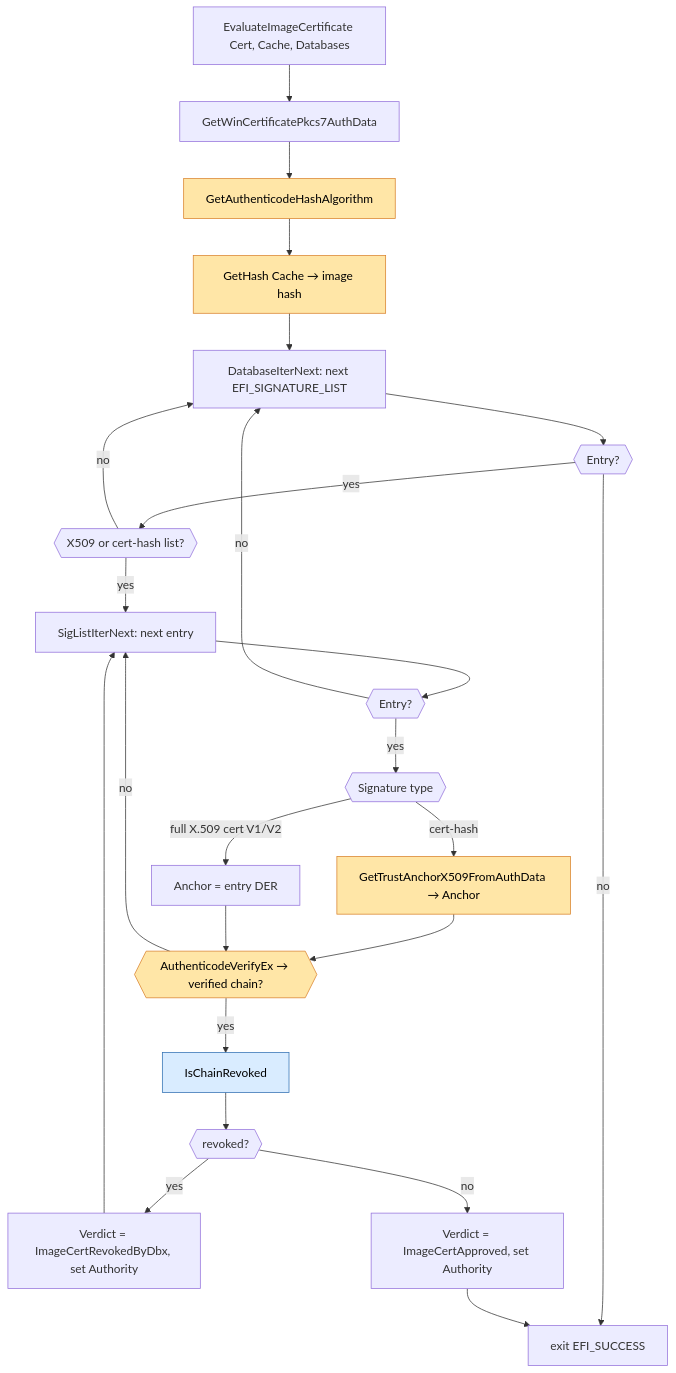
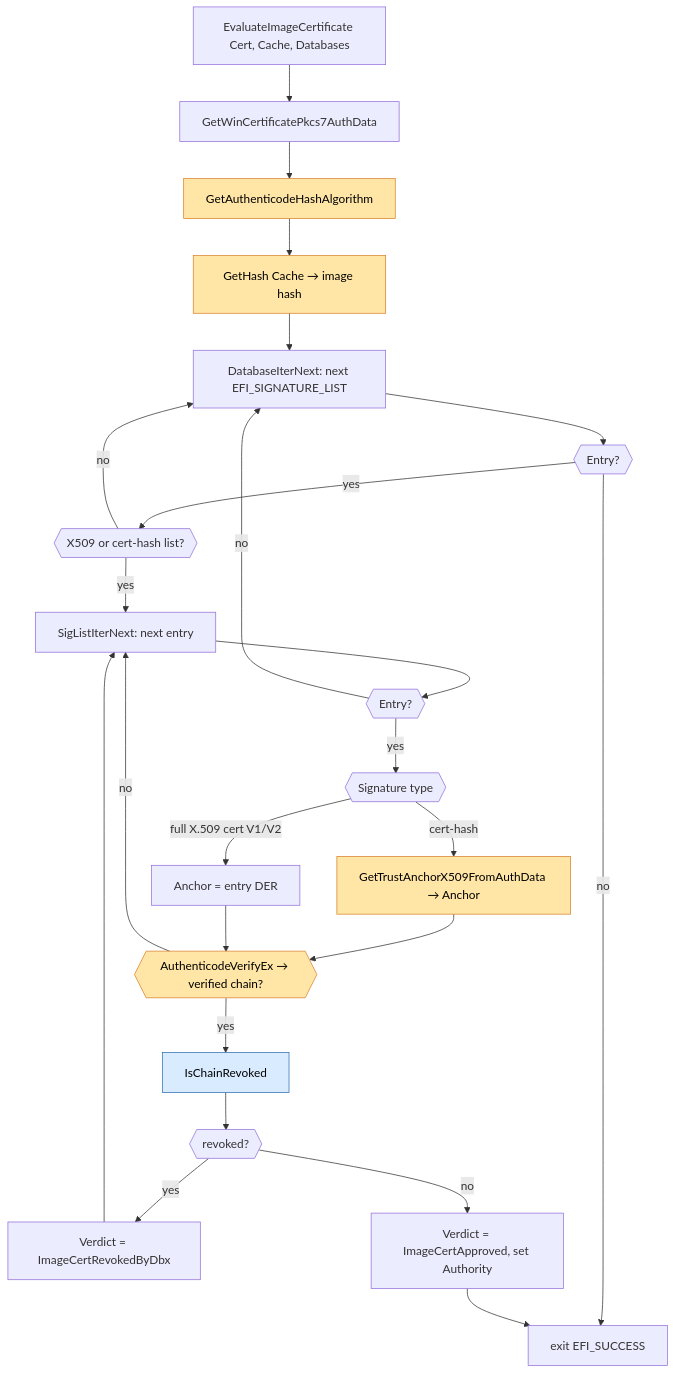
One commit to Javagedes/mu_basecore changed the fourth of 5 diagrams in SecurityPkg/Library/DxeImageVerificationLib2/README.md. Above: the diagram before and after it, drawn with Mermaid. The commit also changed other lines of this file and 6 other files, not shown here.

````diff
--- a/SecurityPkg/Library/DxeImageVerificationLib2/README.md
+++ b/SecurityPkg/Library/DxeImageVerificationLib2/README.md
@@ -228,31 +229,31 @@
 ```mermaid
 flowchart TD
     A[EvaluateImageCertificate Cert, Cache, Databases] --> P[GetWinCertificatePkcs7AuthData]
     P --> HA[GetAuthenticodeHashAlgorithm]
     HA --> GH[GetHash Cache → image hash]
     GH --> DL[DatabaseIterNext: next EFI_SIGNATURE_LIST]
     DL --> DL1{{Entry?}}
     DL1 -- no --> EX[exit EFI_SUCCESS]
     DL1 -- yes --> TY{{X509 or cert-hash list?}}
     TY -- no --> DL
     TY -- yes --> EN[SigListIterNext: next entry]
     EN --> EN1{{Entry?}}
     EN1 -- no --> DL
     EN1 -- yes --> RT{{Signature type}}
     RT -- full X.509 cert V1/V2 --> AX[Anchor = entry DER]
     RT -- cert-hash --> GX[GetTrustAnchorX509FromAuthData → Anchor]
     GX --> AV
     AX --> AV{{AuthenticodeVerifyEx → verified chain?}}
     AV -- no --> EN
     AV -- yes --> CR[IsChainRevoked]
     CR --> CR1{{revoked?}}
-    CR1 -- yes --> REV[Verdict = ImageCertRevokedByDbx, set Authority]
+    CR1 -- yes --> REV[Verdict = ImageCertRevokedByDbx]
     REV --> EN
     CR1 -- no --> APP[Verdict = ImageCertApproved, set Authority]
     APP --> EX
 
     classDef drill fill:#d9ecff,stroke:#2f6fb2,color:#000;
     class CR drill;
     classDef libclass fill:#ffe6a7,stroke:#d9822b,color:#000;
     class HA,GH,GX,AV libclass;
 ```
````
